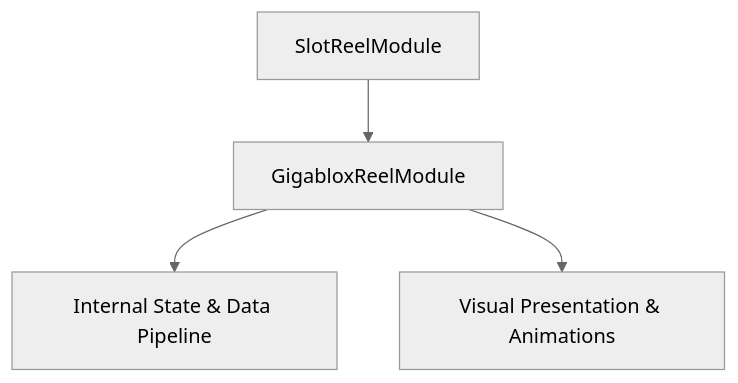
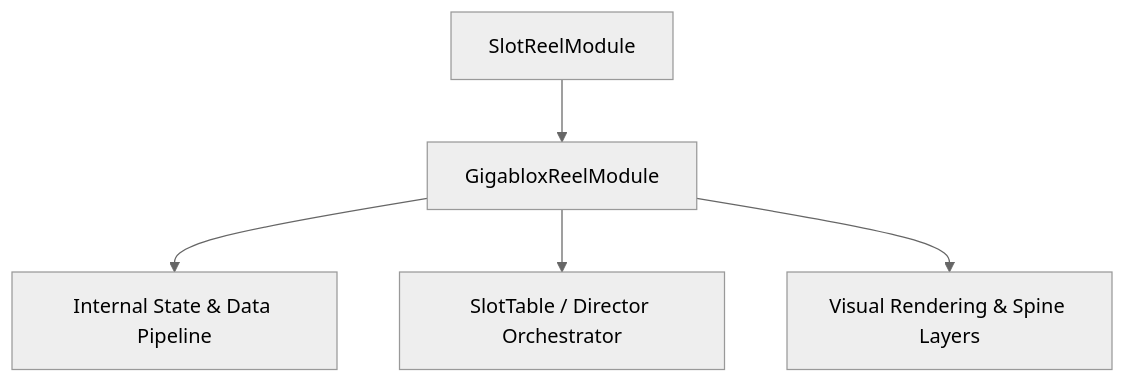
One commit to lam-ark/mcp-fwcc changed the diagram in docs/cc_slot_mechanics/modules/GigabloxReelModule/01_overview/01_architecture_and_role.md. Above: the diagram before and after it, drawn with Mermaid (neutral theme). The commit also changed other lines of this file and 2509 other files, not shown here.

````diff
--- a/docs/cc_slot_mechanics/modules/GigabloxReelModule/01_overview/01_architecture_and_role.md
+++ b/docs/cc_slot_mechanics/modules/GigabloxReelModule/01_overview/01_architecture_and_role.md
@@ -18,6 +24,7 @@
 ```mermaid
 graph TD
-    Parent[SlotReelModule] --> Mod[GigabloxReelModule]
-    Mod --> State[Internal State & Data Pipeline]
-    Mod --> Render[Visual Presentation & Animations]
+    SuperClass[SlotReelModule] --> TargetClass[GigabloxReelModule]
+    TargetClass --> DataPipeline[Internal State & Data Pipeline]
+    TargetClass --> Orchestrator[SlotTable / Director Orchestrator]
+    TargetClass --> ViewLayer[Visual Rendering & Spine Layers]
 ```
````
